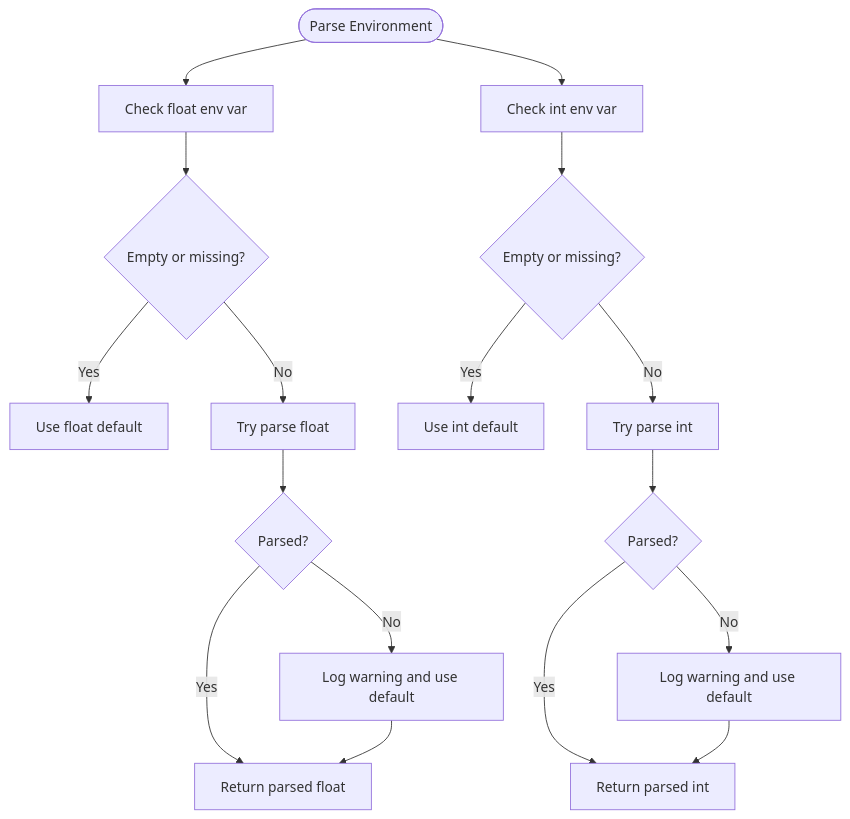
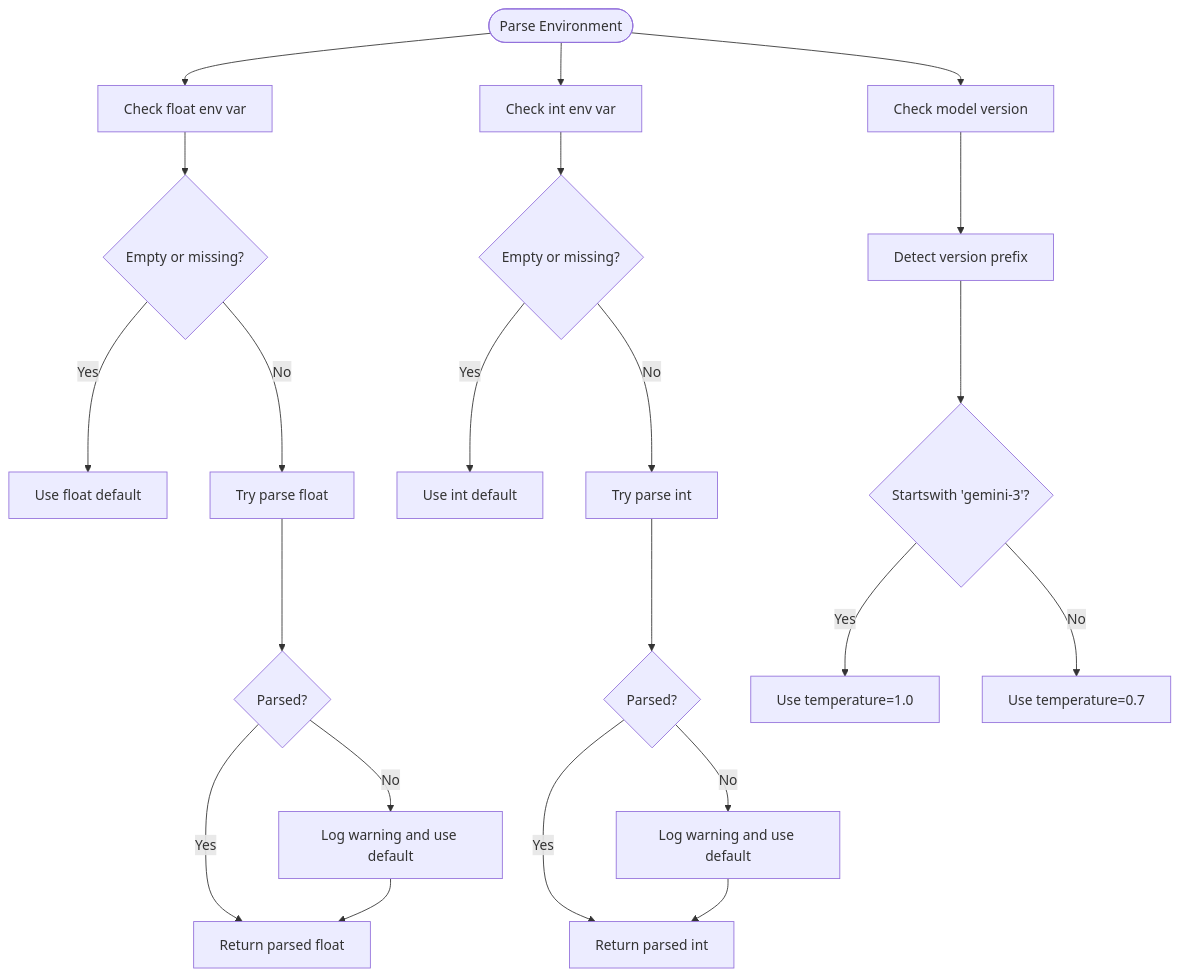
One commit to MOK-5-ha/MayaMCP changed the third of 7 diagrams in .qoder/repowiki/en/content/Configuration Management/Model Configuration.md. Above: the diagram before and after it, drawn with Mermaid. The commit also changed other lines of this file and 27 other files, not shown here.

````diff
--- a/.qoder/repowiki/en/content/Configuration Management/Model Configuration.md
+++ b/.qoder/repowiki/en/content/Configuration Management/Model Configuration.md
@@ -162,17 +183,22 @@
 ```mermaid
 flowchart TD
 Start(["Parse Environment"]) --> CheckFloat["Check float env var"]
 CheckFloat --> FloatEmpty{"Empty or missing?"}
 FloatEmpty --> |Yes| UseFloatDefault["Use float default"]
 FloatEmpty --> |No| TryFloat["Try parse float"]
 TryFloat --> FloatOK{"Parsed?"}
 FloatOK --> |Yes| ReturnFloat["Return parsed float"]
 FloatOK --> |No| WarnFloat["Log warning and use default"] --> ReturnFloat
 Start --> CheckInt["Check int env var"]
 CheckInt --> IntEmpty{"Empty or missing?"}
 IntEmpty --> |Yes| UseIntDefault["Use int default"]
 IntEmpty --> |No| TryInt["Try parse int"]
 TryInt --> IntOK{"Parsed?"}
 IntOK --> |Yes| ReturnInt["Return parsed int"]
 IntOK --> |No| WarnInt["Log warning and use default"] --> ReturnInt
+Start --> CheckModel["Check model version"]
+CheckModel --> DetectVersion["Detect version prefix"]
+DetectVersion --> IsGemini3{"Startswith 'gemini-3'?"}
+IsGemini3 --> |Yes| UseTemp3["Use temperature=1.0"]
+IsGemini3 --> |No| UseTemp2["Use temperature=0.7"]
 ```
````
